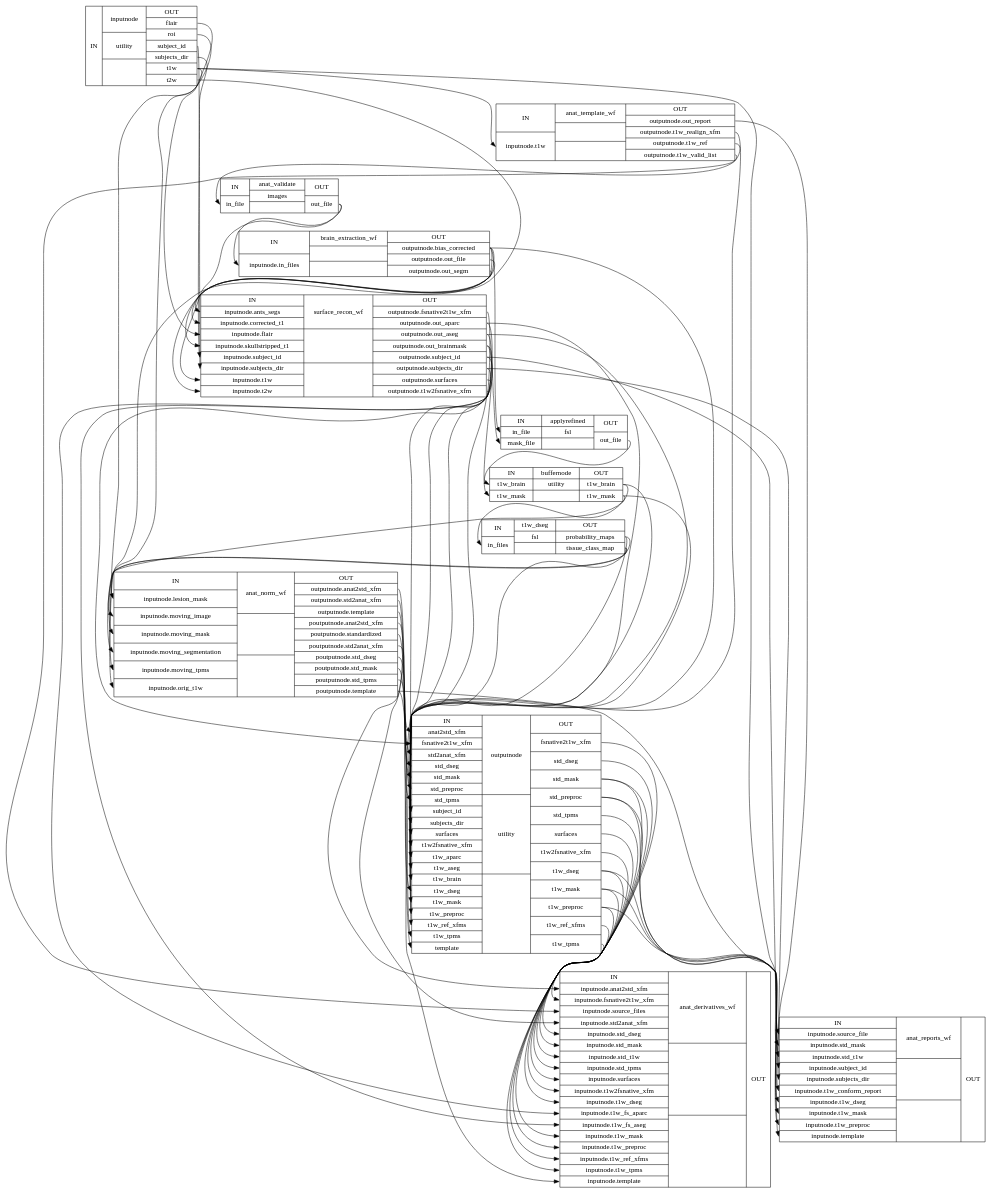
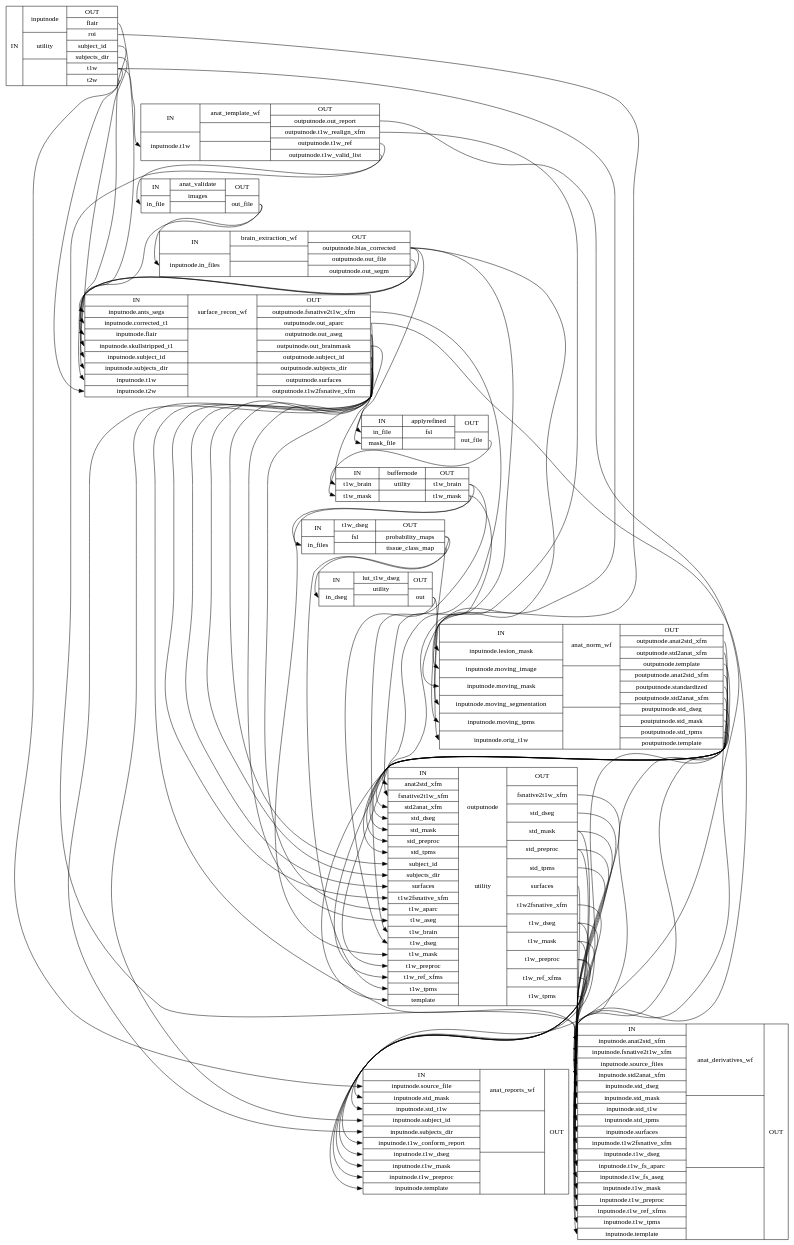
Before and after one commit to nuKs/smriprep: the diagram in 0.4.0rc3/wf_directive/api/anat_preproc_wf/smriprep-workflows-anatomical-1_detailed.dot, drawn with Graphviz. The commit also changed 986 other files, not shown here.

```diff
--- a/0.4.0rc3/wf_directive/api/anat_preproc_wf/smriprep-workflows-anatomical-1_detailed.dot
+++ b/0.4.0rc3/wf_directive/api/anat_preproc_wf/smriprep-workflows-anatomical-1_detailed.dot
@@ -1,85 +1,87 @@
 digraph structs {
 node [shape=record];
 anat_preproc_wfinputnode [label="{IN}|{ inputnode | utility |  }|{OUT|<outflair> flair|<outroi> roi|<outsubjectid> subject_id|<outsubjectsdir> subjects_dir|<outt1w> t1w|<outt2w> t2w}"];
 anat_preproc_wfanat_template_wf [label="{IN|<ininputnodet1w> inputnode.t1w}|{ anat_template_wf |  |  }|{OUT|<outoutputnodeoutreport> outputnode.out_report|<outoutputnodet1wrealignxfm> outputnode.t1w_realign_xfm|<outoutputnodet1wref> outputnode.t1w_ref|<outoutputnodet1wvalidlist> outputnode.t1w_valid_list}"];
 anat_preproc_wfanat_validate [label="{IN|<ininfile> in_file}|{ anat_validate | images |  }|{OUT|<outoutfile> out_file}"];
 anat_preproc_wfbrain_extraction_wf [label="{IN|<ininputnodeinfiles> inputnode.in_files}|{ brain_extraction_wf |  |  }|{OUT|<outoutputnodebiascorrected> outputnode.bias_corrected|<outoutputnodeoutfile> outputnode.out_file|<outoutputnodeoutsegm> outputnode.out_segm}"];
 anat_preproc_wfsurface_recon_wf [label="{IN|<ininputnodeantssegs> inputnode.ants_segs|<ininputnodecorrectedt1> inputnode.corrected_t1|<ininputnodeflair> inputnode.flair|<ininputnodeskullstrippedt1> inputnode.skullstripped_t1|<ininputnodesubjectid> inputnode.subject_id|<ininputnodesubjectsdir> inputnode.subjects_dir|<ininputnodet1w> inputnode.t1w|<ininputnodet2w> inputnode.t2w}|{ surface_recon_wf |  |  }|{OUT|<outoutputnodefsnative2t1wxfm> outputnode.fsnative2t1w_xfm|<outoutputnodeoutaparc> outputnode.out_aparc|<outoutputnodeoutaseg> outputnode.out_aseg|<outoutputnodeoutbrainmask> outputnode.out_brainmask|<outoutputnodesubjectid> outputnode.subject_id|<outoutputnodesubjectsdir> outputnode.subjects_dir|<outoutputnodesurfaces> outputnode.surfaces|<outoutputnodet1w2fsnativexfm> outputnode.t1w2fsnative_xfm}"];
 anat_preproc_wfapplyrefined [label="{IN|<ininfile> in_file|<inmaskfile> mask_file}|{ applyrefined | fsl |  }|{OUT|<outoutfile> out_file}"];
 anat_preproc_wfbuffernode [label="{IN|<int1wbrain> t1w_brain|<int1wmask> t1w_mask}|{ buffernode | utility |  }|{OUT|<outt1wbrain> t1w_brain|<outt1wmask> t1w_mask}"];
 anat_preproc_wft1w_dseg [label="{IN|<ininfiles> in_files}|{ t1w_dseg | fsl |  }|{OUT|<outprobabilitymaps> probability_maps|<outtissueclassmap> tissue_class_map}"];
+anat_preproc_wflut_t1w_dseg [label="{IN|<inindseg> in_dseg}|{ lut_t1w_dseg | utility |  }|{OUT|<outout> out}"];
 anat_preproc_wfanat_norm_wf [label="{IN|<ininputnodelesionmask> inputnode.lesion_mask|<ininputnodemovingimage> inputnode.moving_image|<ininputnodemovingmask> inputnode.moving_mask|<ininputnodemovingsegmentation> inputnode.moving_segmentation|<ininputnodemovingtpms> inputnode.moving_tpms|<ininputnodeorigt1w> inputnode.orig_t1w}|{ anat_norm_wf |  |  }|{OUT|<outoutputnodeanat2stdxfm> outputnode.anat2std_xfm|<outoutputnodestd2anatxfm> outputnode.std2anat_xfm|<outoutputnodetemplate> outputnode.template|<outpoutputnodeanat2stdxfm> poutputnode.anat2std_xfm|<outpoutputnodestandardized> poutputnode.standardized|<outpoutputnodestd2anatxfm> poutputnode.std2anat_xfm|<outpoutputnodestddseg> poutputnode.std_dseg|<outpoutputnodestdmask> poutputnode.std_mask|<outpoutputnodestdtpms> poutputnode.std_tpms|<outpoutputnodetemplate> poutputnode.template}"];
 anat_preproc_wfoutputnode [label="{IN|<inanat2stdxfm> anat2std_xfm|<infsnative2t1wxfm> fsnative2t1w_xfm|<instd2anatxfm> std2anat_xfm|<instddseg> std_dseg|<instdmask> std_mask|<instdpreproc> std_preproc|<instdtpms> std_tpms|<insubjectid> subject_id|<insubjectsdir> subjects_dir|<insurfaces> surfaces|<int1w2fsnativexfm> t1w2fsnative_xfm|<int1waparc> t1w_aparc|<int1waseg> t1w_aseg|<int1wbrain> t1w_brain|<int1wdseg> t1w_dseg|<int1wmask> t1w_mask|<int1wpreproc> t1w_preproc|<int1wrefxfms> t1w_ref_xfms|<int1wtpms> t1w_tpms|<intemplate> template}|{ outputnode | utility |  }|{OUT|<outfsnative2t1wxfm> fsnative2t1w_xfm|<outstddseg> std_dseg|<outstdmask> std_mask|<outstdpreproc> std_preproc|<outstdtpms> std_tpms|<outsurfaces> surfaces|<outt1w2fsnativexfm> t1w2fsnative_xfm|<outt1wdseg> t1w_dseg|<outt1wmask> t1w_mask|<outt1wpreproc> t1w_preproc|<outt1wrefxfms> t1w_ref_xfms|<outt1wtpms> t1w_tpms}"];
 anat_preproc_wfanat_derivatives_wf [label="{IN|<ininputnodeanat2stdxfm> inputnode.anat2std_xfm|<ininputnodefsnative2t1wxfm> inputnode.fsnative2t1w_xfm|<ininputnodesourcefiles> inputnode.source_files|<ininputnodestd2anatxfm> inputnode.std2anat_xfm|<ininputnodestddseg> inputnode.std_dseg|<ininputnodestdmask> inputnode.std_mask|<ininputnodestdt1w> inputnode.std_t1w|<ininputnodestdtpms> inputnode.std_tpms|<ininputnodesurfaces> inputnode.surfaces|<ininputnodet1w2fsnativexfm> inputnode.t1w2fsnative_xfm|<ininputnodet1wdseg> inputnode.t1w_dseg|<ininputnodet1wfsaparc> inputnode.t1w_fs_aparc|<ininputnodet1wfsaseg> inputnode.t1w_fs_aseg|<ininputnodet1wmask> inputnode.t1w_mask|<ininputnodet1wpreproc> inputnode.t1w_preproc|<ininputnodet1wrefxfms> inputnode.t1w_ref_xfms|<ininputnodet1wtpms> inputnode.t1w_tpms|<ininputnodetemplate> inputnode.template}|{ anat_derivatives_wf |  |  }|{OUT}"];
 anat_preproc_wfanat_reports_wf [label="{IN|<ininputnodesourcefile> inputnode.source_file|<ininputnodestdmask> inputnode.std_mask|<ininputnodestdt1w> inputnode.std_t1w|<ininputnodesubjectid> inputnode.subject_id|<ininputnodesubjectsdir> inputnode.subjects_dir|<ininputnodet1wconformreport> inputnode.t1w_conform_report|<ininputnodet1wdseg> inputnode.t1w_dseg|<ininputnodet1wmask> inputnode.t1w_mask|<ininputnodet1wpreproc> inputnode.t1w_preproc|<ininputnodetemplate> inputnode.template}|{ anat_reports_wf |  |  }|{OUT}"];
 anat_preproc_wfanat_norm_wf:outoutputnodeanat2stdxfm:e -> anat_preproc_wfoutputnode:inanat2stdxfm:w;
 anat_preproc_wfanat_norm_wf:outoutputnodestd2anatxfm:e -> anat_preproc_wfoutputnode:instd2anatxfm:w;
 anat_preproc_wfanat_norm_wf:outoutputnodetemplate:e -> anat_preproc_wfoutputnode:intemplate:w;
 anat_preproc_wfanat_norm_wf:outpoutputnodeanat2stdxfm:e -> anat_preproc_wfanat_derivatives_wf:ininputnodeanat2stdxfm:w;
 anat_preproc_wfanat_norm_wf:outpoutputnodestandardized:e -> anat_preproc_wfoutputnode:instdpreproc:w;
 anat_preproc_wfanat_norm_wf:outpoutputnodestd2anatxfm:e -> anat_preproc_wfanat_derivatives_wf:ininputnodestd2anatxfm:w;
 anat_preproc_wfanat_norm_wf:outpoutputnodestddseg:e -> anat_preproc_wfoutputnode:instddseg:w;
 anat_preproc_wfanat_norm_wf:outpoutputnodestdmask:e -> anat_preproc_wfoutputnode:instdmask:w;
 anat_preproc_wfanat_norm_wf:outpoutputnodestdtpms:e -> anat_preproc_wfoutputnode:instdtpms:w;
 anat_preproc_wfanat_norm_wf:outpoutputnodetemplate:e -> anat_preproc_wfanat_derivatives_wf:ininputnodetemplate:w;
 anat_preproc_wfanat_norm_wf:outpoutputnodetemplate:e -> anat_preproc_wfanat_reports_wf:ininputnodetemplate:w;
 anat_preproc_wfanat_template_wf:outoutputnodeoutreport:e -> anat_preproc_wfanat_reports_wf:ininputnodet1wconformreport:w;
 anat_preproc_wfanat_template_wf:outoutputnodet1wrealignxfm:e -> anat_preproc_wfoutputnode:int1wrefxfms:w;
 anat_preproc_wfanat_template_wf:outoutputnodet1wref:e -> anat_preproc_wfanat_validate:ininfile:w;
 anat_preproc_wfanat_template_wf:outoutputnodet1wvalidlist:e -> anat_preproc_wfanat_derivatives_wf:ininputnodesourcefiles:w;
 anat_preproc_wfanat_validate:outoutfile:e -> anat_preproc_wfbrain_extraction_wf:ininputnodeinfiles:w;
 anat_preproc_wfanat_validate:outoutfile:e -> anat_preproc_wfsurface_recon_wf:ininputnodet1w:w;
 anat_preproc_wfapplyrefined:outoutfile:e -> anat_preproc_wfbuffernode:int1wbrain:w;
 anat_preproc_wfbrain_extraction_wf:outoutputnodebiascorrected:e -> anat_preproc_wfanat_norm_wf:ininputnodemovingimage:w;
 anat_preproc_wfbrain_extraction_wf:outoutputnodebiascorrected:e -> anat_preproc_wfapplyrefined:ininfile:w;
 anat_preproc_wfbrain_extraction_wf:outoutputnodebiascorrected:e -> anat_preproc_wfoutputnode:int1wpreproc:w;
 anat_preproc_wfbrain_extraction_wf:outoutputnodebiascorrected:e -> anat_preproc_wfsurface_recon_wf:ininputnodecorrectedt1:w;
 anat_preproc_wfbrain_extraction_wf:outoutputnodeoutfile:e -> anat_preproc_wfsurface_recon_wf:ininputnodeskullstrippedt1:w;
 anat_preproc_wfbrain_extraction_wf:outoutputnodeoutsegm:e -> anat_preproc_wfsurface_recon_wf:ininputnodeantssegs:w;
 anat_preproc_wfbuffernode:outt1wbrain:e -> anat_preproc_wfoutputnode:int1wbrain:w;
 anat_preproc_wfbuffernode:outt1wbrain:e -> anat_preproc_wft1w_dseg:ininfiles:w;
 anat_preproc_wfbuffernode:outt1wmask:e -> anat_preproc_wfanat_norm_wf:ininputnodemovingmask:w;
 anat_preproc_wfbuffernode:outt1wmask:e -> anat_preproc_wfoutputnode:int1wmask:w;
 anat_preproc_wfinputnode:outflair:e -> anat_preproc_wfsurface_recon_wf:ininputnodeflair:w;
 anat_preproc_wfinputnode:outroi:e -> anat_preproc_wfanat_norm_wf:ininputnodelesionmask:w;
 anat_preproc_wfinputnode:outsubjectid:e -> anat_preproc_wfsurface_recon_wf:ininputnodesubjectid:w;
 anat_preproc_wfinputnode:outsubjectsdir:e -> anat_preproc_wfsurface_recon_wf:ininputnodesubjectsdir:w;
 anat_preproc_wfinputnode:outt1w:e -> anat_preproc_wfanat_norm_wf:ininputnodeorigt1w:w;
 anat_preproc_wfinputnode:outt1w:e -> anat_preproc_wfanat_reports_wf:ininputnodesourcefile:w;
 anat_preproc_wfinputnode:outt1w:e -> anat_preproc_wfanat_template_wf:ininputnodet1w:w;
 anat_preproc_wfinputnode:outt2w:e -> anat_preproc_wfsurface_recon_wf:ininputnodet2w:w;
+anat_preproc_wflut_t1w_dseg:outout:e -> anat_preproc_wfanat_norm_wf:ininputnodemovingsegmentation:w;
+anat_preproc_wflut_t1w_dseg:outout:e -> anat_preproc_wfoutputnode:int1wdseg:w;
 anat_preproc_wfoutputnode:outfsnative2t1wxfm:e -> anat_preproc_wfanat_derivatives_wf:ininputnodefsnative2t1wxfm:w;
 anat_preproc_wfoutputnode:outstddseg:e -> anat_preproc_wfanat_derivatives_wf:ininputnodestddseg:w;
 anat_preproc_wfoutputnode:outstdmask:e -> anat_preproc_wfanat_derivatives_wf:ininputnodestdmask:w;
 anat_preproc_wfoutputnode:outstdmask:e -> anat_preproc_wfanat_reports_wf:ininputnodestdmask:w;
 anat_preproc_wfoutputnode:outstdpreproc:e -> anat_preproc_wfanat_derivatives_wf:ininputnodestdt1w:w;
 anat_preproc_wfoutputnode:outstdpreproc:e -> anat_preproc_wfanat_reports_wf:ininputnodestdt1w:w;
 anat_preproc_wfoutputnode:outstdtpms:e -> anat_preproc_wfanat_derivatives_wf:ininputnodestdtpms:w;
 anat_preproc_wfoutputnode:outsurfaces:e -> anat_preproc_wfanat_derivatives_wf:ininputnodesurfaces:w;
 anat_preproc_wfoutputnode:outt1w2fsnativexfm:e -> anat_preproc_wfanat_derivatives_wf:ininputnodet1w2fsnativexfm:w;
 anat_preproc_wfoutputnode:outt1wdseg:e -> anat_preproc_wfanat_derivatives_wf:ininputnodet1wdseg:w;
 anat_preproc_wfoutputnode:outt1wdseg:e -> anat_preproc_wfanat_reports_wf:ininputnodet1wdseg:w;
 anat_preproc_wfoutputnode:outt1wmask:e -> anat_preproc_wfanat_derivatives_wf:ininputnodet1wmask:w;
 anat_preproc_wfoutputnode:outt1wmask:e -> anat_preproc_wfanat_reports_wf:ininputnodet1wmask:w;
 anat_preproc_wfoutputnode:outt1wpreproc:e -> anat_preproc_wfanat_derivatives_wf:ininputnodet1wpreproc:w;
 anat_preproc_wfoutputnode:outt1wpreproc:e -> anat_preproc_wfanat_reports_wf:ininputnodet1wpreproc:w;
 anat_preproc_wfoutputnode:outt1wrefxfms:e -> anat_preproc_wfanat_derivatives_wf:ininputnodet1wrefxfms:w;
 anat_preproc_wfoutputnode:outt1wtpms:e -> anat_preproc_wfanat_derivatives_wf:ininputnodet1wtpms:w;
 anat_preproc_wfsurface_recon_wf:outoutputnodefsnative2t1wxfm:e -> anat_preproc_wfoutputnode:infsnative2t1wxfm:w;
 anat_preproc_wfsurface_recon_wf:outoutputnodeoutaparc:e -> anat_preproc_wfanat_derivatives_wf:ininputnodet1wfsaparc:w;
 anat_preproc_wfsurface_recon_wf:outoutputnodeoutaparc:e -> anat_preproc_wfoutputnode:int1waparc:w;
 anat_preproc_wfsurface_recon_wf:outoutputnodeoutaseg:e -> anat_preproc_wfanat_derivatives_wf:ininputnodet1wfsaseg:w;
 anat_preproc_wfsurface_recon_wf:outoutputnodeoutaseg:e -> anat_preproc_wfoutputnode:int1waseg:w;
 anat_preproc_wfsurface_recon_wf:outoutputnodeoutbrainmask:e -> anat_preproc_wfapplyrefined:inmaskfile:w;
 anat_preproc_wfsurface_recon_wf:outoutputnodeoutbrainmask:e -> anat_preproc_wfbuffernode:int1wmask:w;
 anat_preproc_wfsurface_recon_wf:outoutputnodesubjectid:e -> anat_preproc_wfanat_reports_wf:ininputnodesubjectid:w;
 anat_preproc_wfsurface_recon_wf:outoutputnodesubjectid:e -> anat_preproc_wfoutputnode:insubjectid:w;
 anat_preproc_wfsurface_recon_wf:outoutputnodesubjectsdir:e -> anat_preproc_wfanat_reports_wf:ininputnodesubjectsdir:w;
 anat_preproc_wfsurface_recon_wf:outoutputnodesubjectsdir:e -> anat_preproc_wfoutputnode:insubjectsdir:w;
 anat_preproc_wfsurface_recon_wf:outoutputnodesurfaces:e -> anat_preproc_wfoutputnode:insurfaces:w;
 anat_preproc_wfsurface_recon_wf:outoutputnodet1w2fsnativexfm:e -> anat_preproc_wfoutputnode:int1w2fsnativexfm:w;
 anat_preproc_wft1w_dseg:outprobabilitymaps:e -> anat_preproc_wfanat_norm_wf:ininputnodemovingtpms:w;
 anat_preproc_wft1w_dseg:outprobabilitymaps:e -> anat_preproc_wfoutputnode:int1wtpms:w;
-anat_preproc_wft1w_dseg:outtissueclassmap:e -> anat_preproc_wfanat_norm_wf:ininputnodemovingsegmentation:w;
-anat_preproc_wft1w_dseg:outtissueclassmap:e -> anat_preproc_wfoutputnode:int1wdseg:w;
+anat_preproc_wft1w_dseg:outtissueclassmap:e -> anat_preproc_wflut_t1w_dseg:inindseg:w;
 }
```
